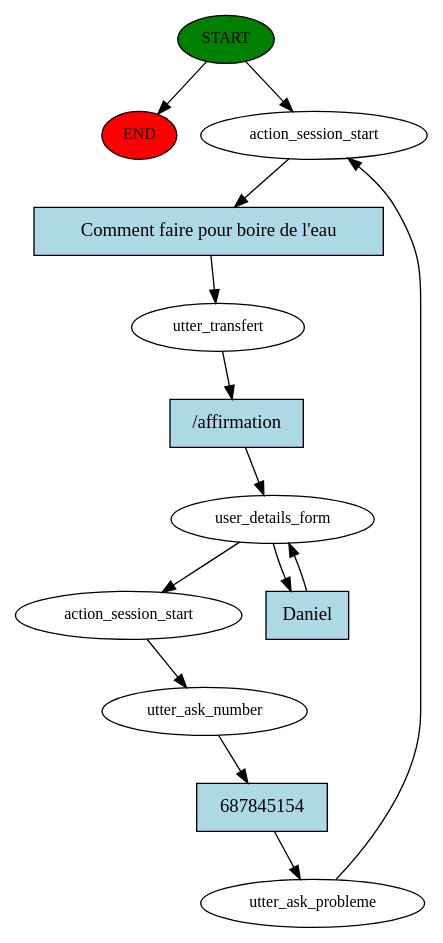
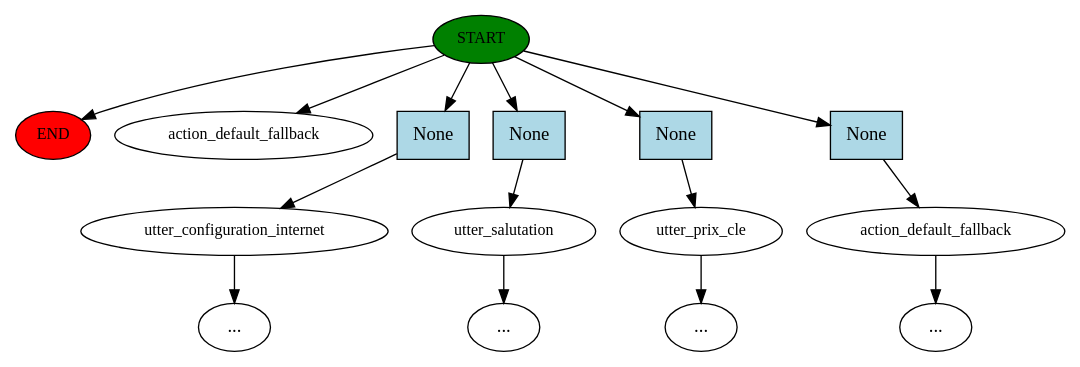
The diagram in story_graph.dot (Dipanda998/Nexttel_Bot), drawn with Graphviz before and after one commit. The commit also changed 12 other files, not shown here.

```diff
--- a/story_graph.dot
+++ b/story_graph.dot
@@ -1,27 +1,31 @@
 digraph  {
 0 [class="start active", fillcolor=green, fontsize=12, label=START, style=filled];
 "-1" [class=end, fillcolor=red, fontsize=12, label=END, style=filled];
-1 [class=active, fontsize=12, label=action_session_start];
-2 [class="active dashed", fontsize=12, label=utter_transfert];
-3 [class=active, fontsize=12, label=user_details_form];
-5 [class=active, fontsize=12, label=action_session_start];
-6 [class=active, fontsize=12, label=utter_ask_number];
-7 [class=active, fontsize=12, label=utter_ask_probleme];
-10 [class="intent active", fillcolor=lightblue, label="Comment faire pour boire de l'eau", shape=rect, style=filled];
-11 [class="intent active", fillcolor=lightblue, label="/affirmation", shape=rect, style=filled];
-12 [class="intent active", fillcolor=lightblue, label=Daniel, shape=rect, style=filled];
-13 [class="intent active", fillcolor=lightblue, label=687845154, shape=rect, style=filled];
+1 [class="", fontsize=12, label=utter_configuration_internet];
+"-5" [class=ellipsis, label="..."];
+4 [class="", fontsize=12, label=utter_salutation];
+"-9" [class=ellipsis, label="..."];
+8 [class="", fontsize=12, label=utter_prix_cle];
+"-10" [class=ellipsis, label="..."];
+9 [class="", fontsize=12, label=action_default_fallback];
+"-11" [class=ellipsis, label="..."];
+10 [class="dashed active", fontsize=12, label=action_default_fallback];
+11 [class=intent, fillcolor=lightblue, label=None, shape=rect, style=filled];
+12 [class=intent, fillcolor=lightblue, label=None, shape=rect, style=filled];
+13 [class=intent, fillcolor=lightblue, label=None, shape=rect, style=filled];
+14 [class=intent, fillcolor=lightblue, label=None, shape=rect, style=filled];
 0 -> "-1"  [class="", key=NONE, label=""];
-0 -> 1  [class=active, key=NONE, label=""];
-1 -> 10  [class=active, key=0];
-2 -> 11  [class=active, key=0];
-3 -> 5  [class=active, key=NONE, label=""];
-3 -> 12  [class=active, key=0];
-5 -> 6  [class=active, key=NONE, label=""];
-6 -> 13  [class=active, key=0];
-7 -> 1  [class=active, key=NONE, label=""];
-10 -> 2  [class=active, key=0];
-11 -> 3  [class=active, key=0];
-12 -> 3  [class=active, key=0];
-13 -> 7  [class=active, key=0];
+0 -> 10  [class=active, key=NONE, label=""];
+0 -> 11  [class="", key=0];
+0 -> 12  [class="", key=0];
+0 -> 13  [class="", key=0];
+0 -> 14  [class="", key=0];
+1 -> "-5"  [class="", key=NONE, label=""];
+4 -> "-9"  [class="", key=NONE, label=""];
+8 -> "-10"  [class="", key=NONE, label=""];
+9 -> "-11"  [class="", key=NONE, label=""];
+11 -> 1  [class="", key=0];
+12 -> 4  [class="", key=0];
+13 -> 8  [class="", key=0];
+14 -> 9  [class="", key=0];
 }
```
